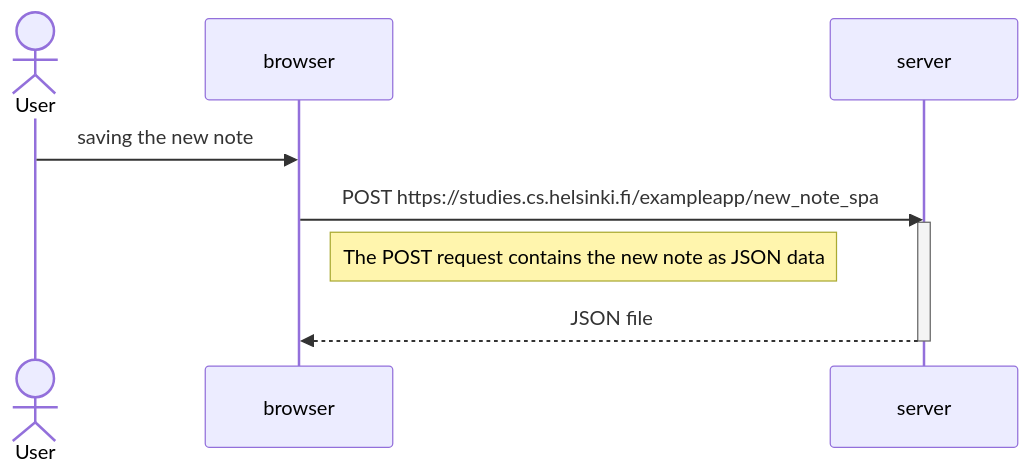
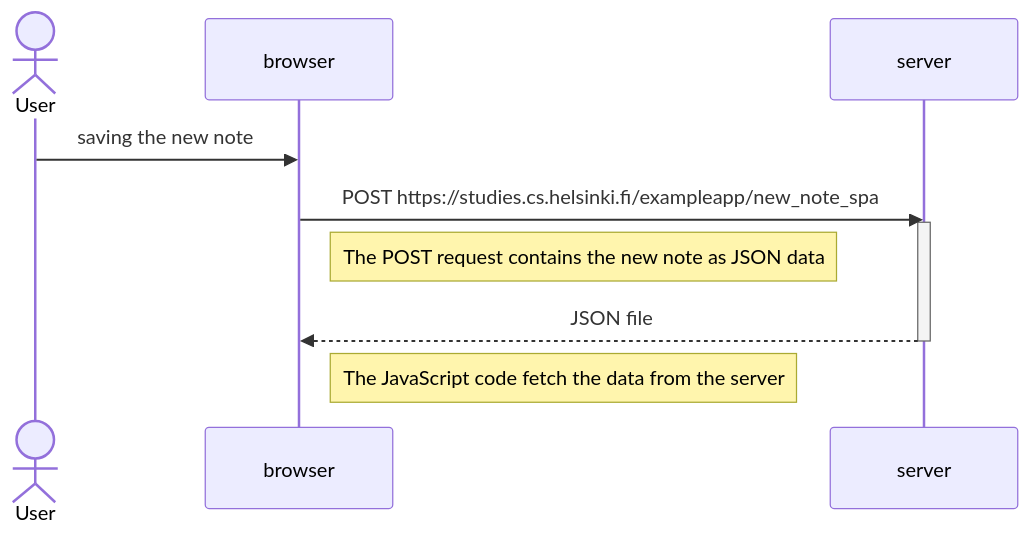
Before and after one commit to lumuellelumelay/full_stack_open: the third of 3 diagrams in README.md, drawn with Mermaid.

Commit message:
README.md

````diff
--- a/README.md
+++ b/README.md
@@ -66,17 +66,19 @@
 ```mermaid
 sequenceDiagram
     actor User
     participant browser
     participant server
 
     User->>browser: saving the new note
 
     browser->>server: POST https://studies.cs.helsinki.fi/exampleapp/new_note_spa
     activate server
 
     Note right of browser: The POST request contains the new note as JSON data
 
     server-->>browser: JSON file
     deactivate server
+
+    Note right of browser: The JavaScript code fetch the data from the server
     
 ```
````
